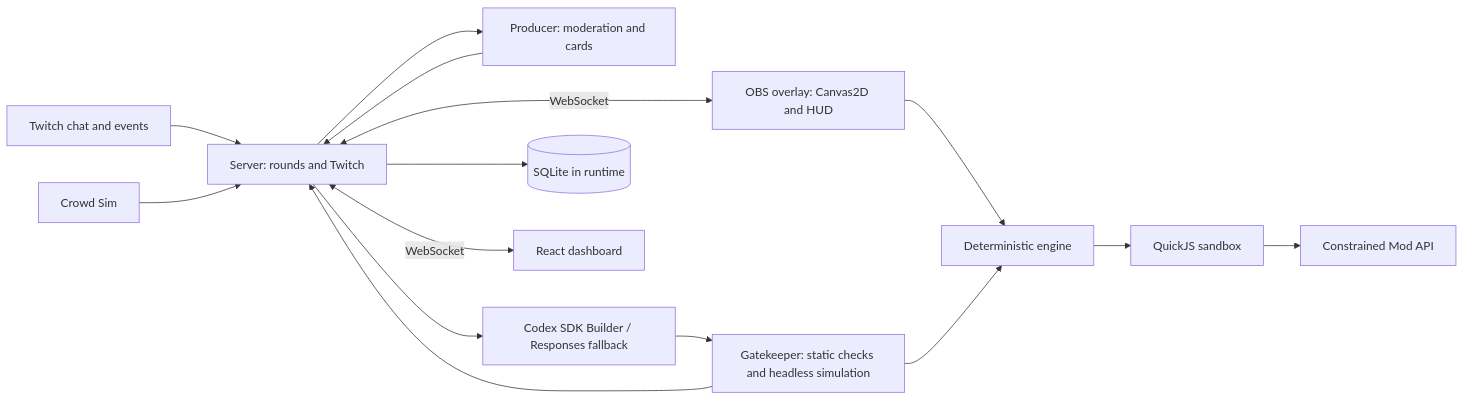
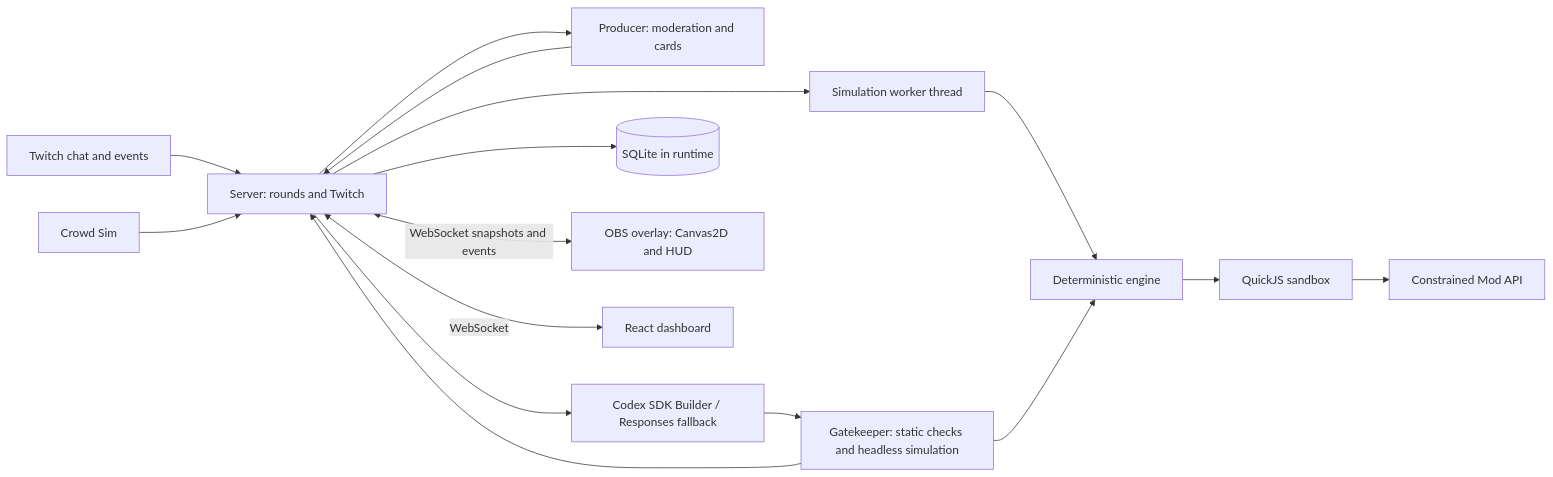
One commit to vansyson1308/chatforge changed the diagram in docs/ARCHITECTURE.md. Above: the diagram before and after it, drawn with Mermaid. The commit also changed other lines of this file and 13 other files, not shown here.

Commit message:
feat: add deterministic simulation foundation

````diff
--- a/docs/ARCHITECTURE.md
+++ b/docs/ARCHITECTURE.md
@@ -16,17 +16,18 @@
 ```mermaid
 flowchart LR
   Chat[Twitch chat and events] --> Server[Server: rounds and Twitch]
   Sim[Crowd Sim] --> Server
   Server --> Producer[Producer: moderation and cards]
   Producer --> Server
   Server --> Builder[Codex SDK Builder / Responses fallback]
   Builder --> Gate[Gatekeeper: static checks and headless simulation]
   Gate --> Server
   Server --> DB[(SQLite in runtime)]
-  Server <-->|WebSocket| Overlay[OBS overlay: Canvas2D and HUD]
+  Server <-->|WebSocket snapshots and events| Overlay[OBS overlay: Canvas2D and HUD]
   Server <-->|WebSocket| Dashboard[React dashboard]
-  Overlay --> Engine[Deterministic engine]
+  Server --> Worker[Simulation worker thread]
+  Worker --> Engine[Deterministic engine]
   Gate --> Engine
   Engine --> Sandbox[QuickJS sandbox]
   Sandbox --> API[Constrained Mod API]
 ```
````
